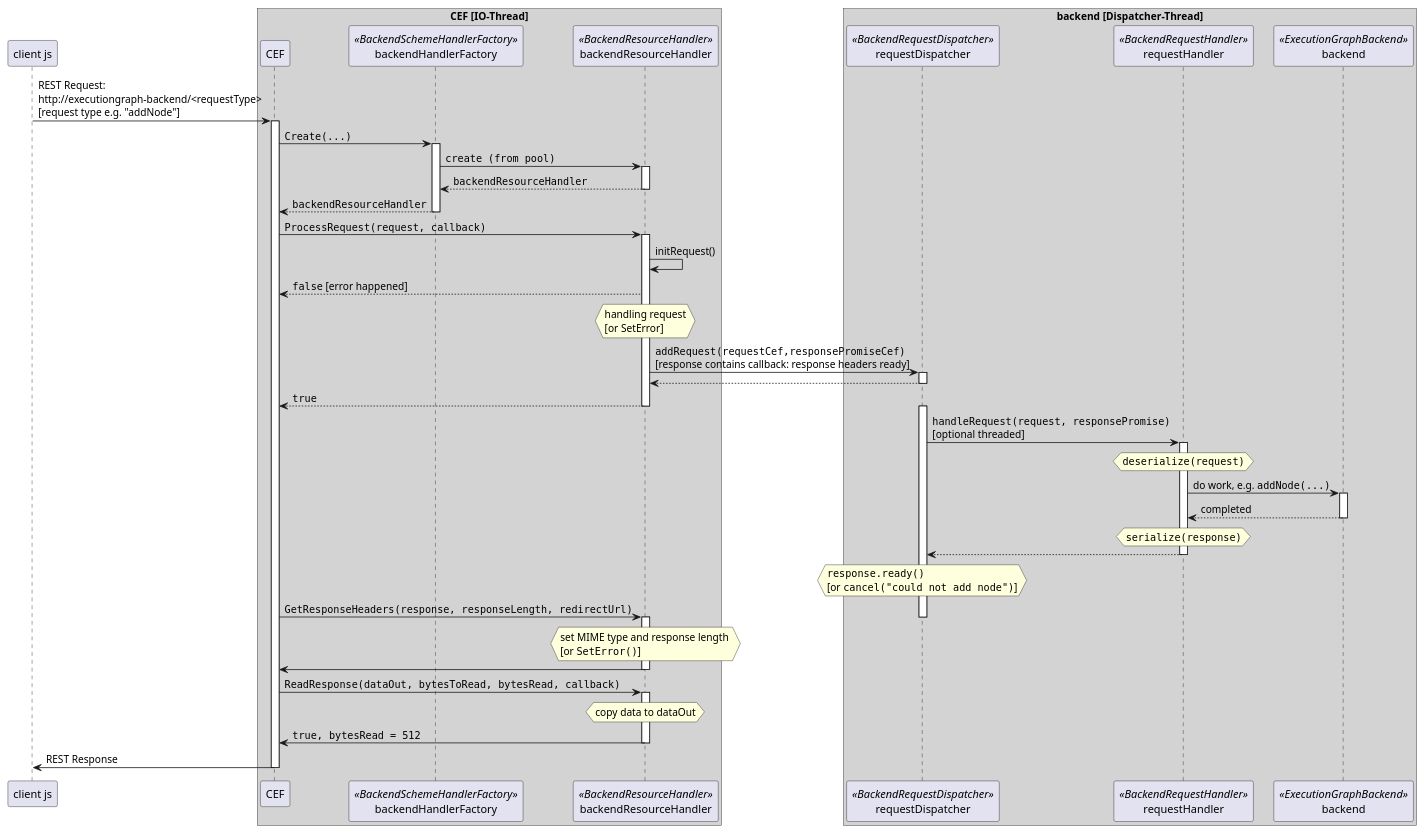
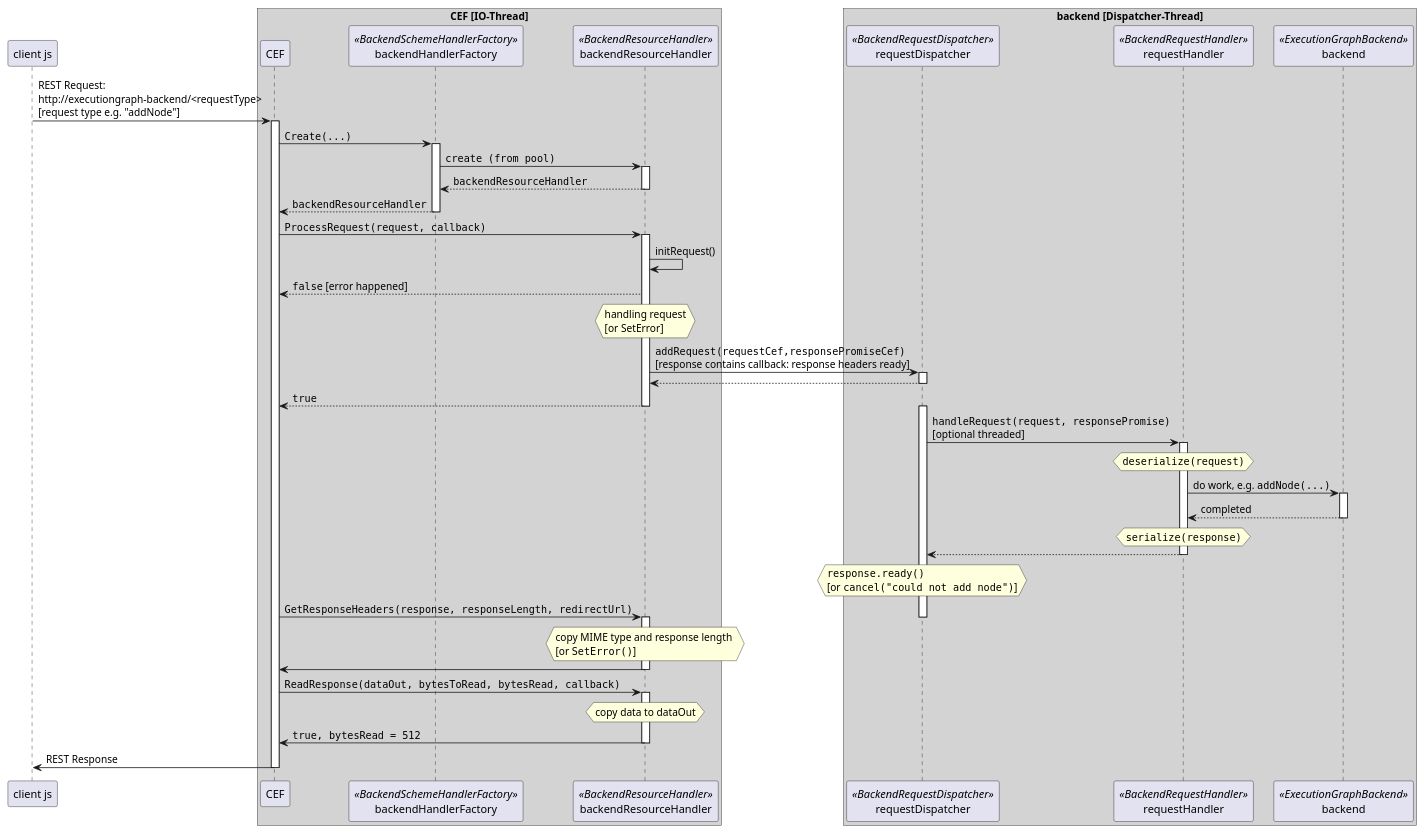
Before and after one commit to gabyx/ExecutionGraph: the diagram in gui/specs/ajax-backend-comm.plantuml, drawn with PlantUML. The commit also changed 4 other files, not shown here.

```diff
--- a/gui/specs/ajax-backend-comm.plantuml
+++ b/gui/specs/ajax-backend-comm.plantuml
@@ -1,70 +1,70 @@
 @startuml
 participant client as "client js"
 
 box "CEF [IO-Thread]" #LightGrey
 participant CEF
 
 participant backendHandlerFactory << BackendSchemeHandlerFactory >>
 participant backendResourceHandler << BackendResourceHandler >>
 end box
 
 box "backend [Dispatcher-Thread]" #LightGrey
     participant requestDispatcher <<BackendRequestDispatcher>>
 	participant requestHandler <<BackendRequestHandler>>
     participant backend <<ExecutionGraphBackend>>
 end box
 
 client -> CEF : REST Request:\nhttp://executiongraph-backend/<requestType>\n[request type e.g. "addNode"]
 activate CEF
 
     CEF -> backendHandlerFactory : ""Create(...)"" 
     activate backendHandlerFactory
         backendHandlerFactory -> backendResourceHandler : ""create (from pool)""
         activate backendResourceHandler
         backendHandlerFactory <-- backendResourceHandler : ""backendResourceHandler""
         deactivate backendResourceHandler
         CEF <-- backendHandlerFactory : ""backendResourceHandler""
     deactivate backendHandlerFactory
 
     CEF -> backendResourceHandler : ""ProcessRequest(request, callback)""
     activate backendResourceHandler
         backendResourceHandler -> backendResourceHandler : initRequest()
         CEF <-- backendResourceHandler : ""false"" [error happened]
         hnote over backendResourceHandler : handling request\n[or SetError]
         backendResourceHandler -> requestDispatcher : ""addRequest(requestCef,responsePromiseCef)""\n[response contains callback: response headers ready]
         activate requestDispatcher
         backendResourceHandler <-- requestDispatcher :
         deactivate requestDispatcher
         CEF <-- backendResourceHandler : ""true""
     deactivate backendResourceHandler
 
     
     activate requestDispatcher
         requestDispatcher -> requestHandler : ""handleRequest(request, responsePromise)""\n[optional threaded]
         activate requestHandler
             hnote over requestHandler: ""deserialize(request)""
             requestHandler -> backend : do work, e.g. ""addNode(...)""
             activate backend
                 requestHandler <-- backend : completed
             deactivate backend
             hnote over requestHandler: ""serialize(response)""
             requestDispatcher <-- requestHandler
         deactivate requestHandler
     hnote over requestDispatcher: ""response.ready()""\n[or ""cancel("could not add node")""]
 
     CEF -> backendResourceHandler : ""GetResponseHeaders(response, responseLength, redirectUrl)""
     deactivate requestDispatcher 
     activate backendResourceHandler
-        hnote over backendResourceHandler: set MIME type and response length \n[or ""SetError()""]
+        hnote over backendResourceHandler: copy MIME type and response length \n[or ""SetError()""]
         CEF <- backendResourceHandler
     deactivate backendResourceHandler
 
     CEF -> backendResourceHandler : ""ReadResponse(dataOut, bytesToRead, bytesRead, callback)""
     activate backendResourceHandler
         hnote over backendResourceHandler: copy data to dataOut
         CEF <- backendResourceHandler : ""true, bytesRead = 512""
     deactivate backendResourceHandler
 
     CEF -> client : REST Response
 deactivate CEF
 @enduml
```
